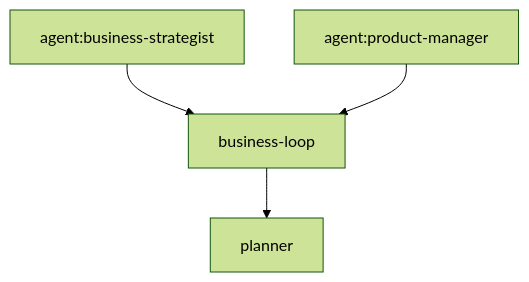
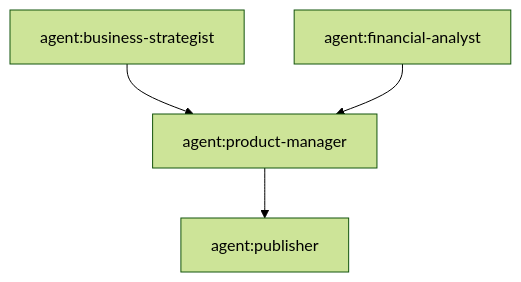
Before and after one commit to lalalic/agents-relay: the diagram in docs/workflow-engine.md, drawn with Mermaid (forest theme). The commit also changed other lines of this file and 62 other files, not shown here.

````diff
--- a/docs/workflow-engine.md
+++ b/docs/workflow-engine.md
@@ -121,6 +128,6 @@
 ```mermaid
 flowchart TD
-    strategy[agent:business-strategist] --> business-loop
-    product[agent:product-manager] --> business-loop
-    business-loop --> planner
+    strategy[agent:business-strategist] --> integrate[agent:product-manager]
+    finance[agent:financial-analyst] --> integrate
+    integrate --> publish[agent:publisher]
 ```
````
